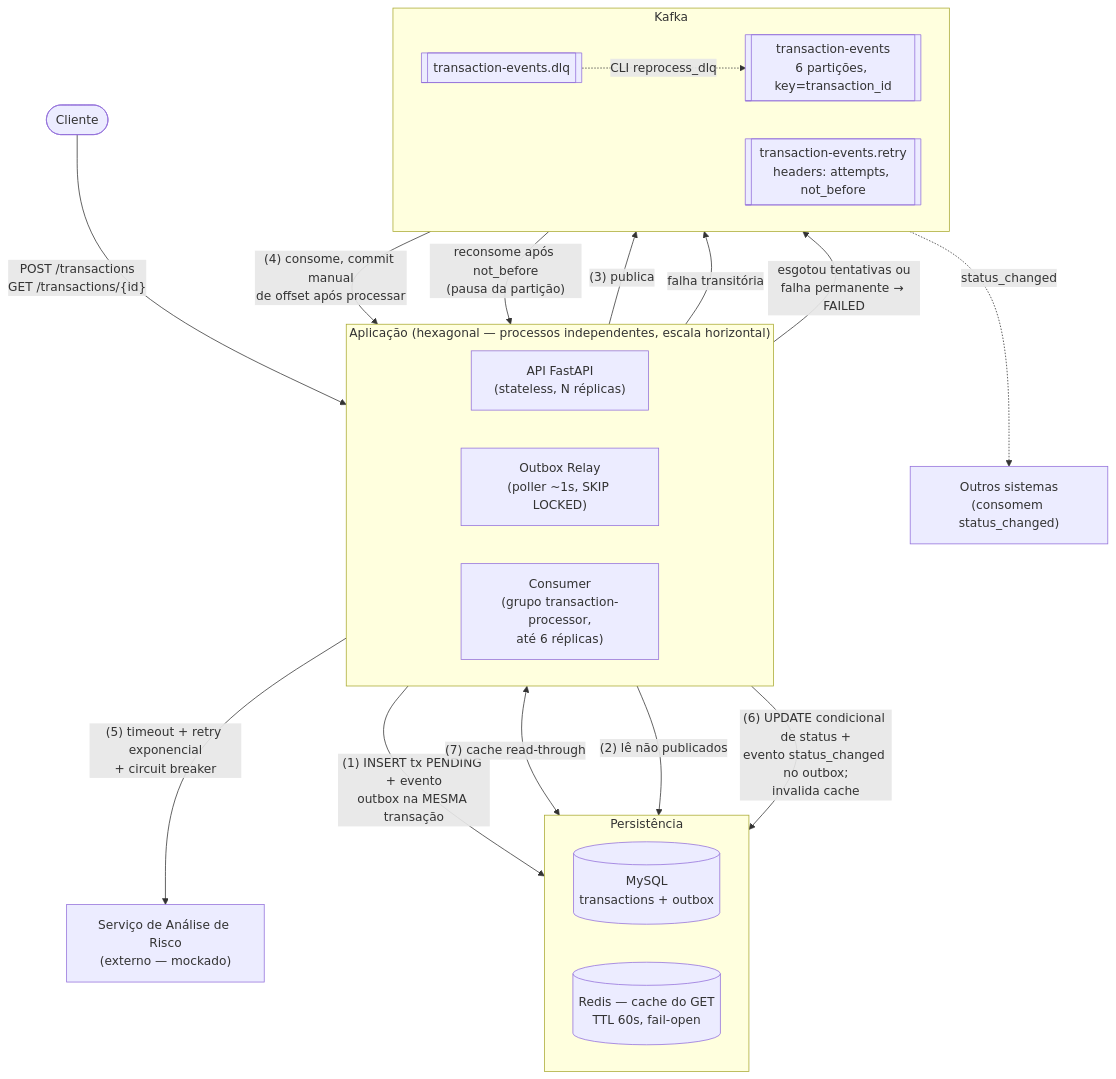
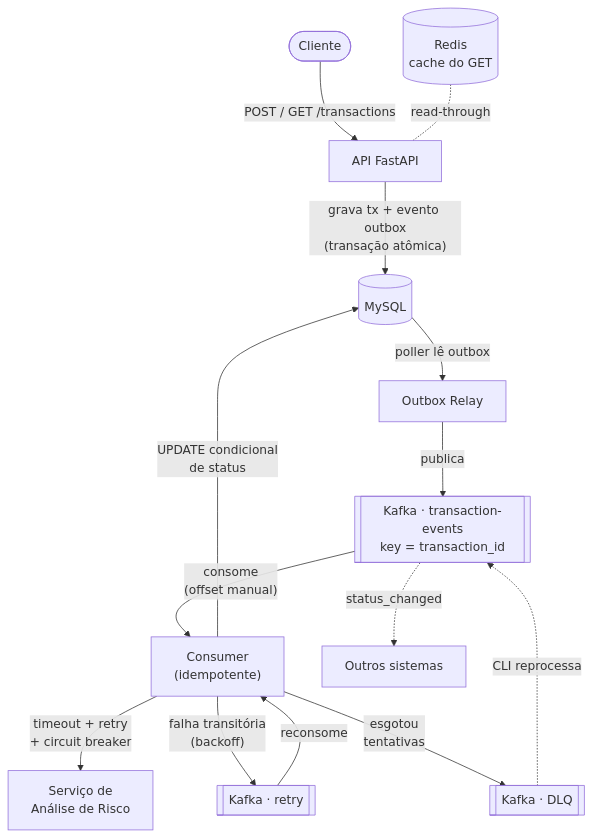
One commit to arturovaine/bamaq changed the diagram in docs/architecture.mmd. Above: the diagram before and after it, drawn with Mermaid. The commit also changed 2 other files, not shown here.

Commit message:
docs: simplifica diagrama de arquitetura (fluxo vertical, menos rótulos)

```diff
--- a/docs/architecture.mmd
+++ b/docs/architecture.mmd
@@ -1,42 +1,14 @@
 flowchart TB
-    Client([Cliente])
-
-    subgraph App["Aplicação (hexagonal — processos independentes, escala horizontal)"]
-        direction LR
-        API["API FastAPI<br/>(stateless, N réplicas)"]
-        Relay["Outbox Relay<br/>(poller ~1s, SKIP LOCKED)"]
-        Consumer["Consumer<br/>(grupo transaction-processor,<br/>até 6 réplicas)"]
-    end
-
-    subgraph Storage["Persistência"]
-        direction LR
-        MySQL[("MySQL<br/>transactions + outbox")]
-        Redis[("Redis — cache do GET<br/>TTL 60s, fail-open")]
-    end
-
-    subgraph Kafka["Kafka"]
-        direction LR
-        Main[["transaction-events<br/>6 partições, key=transaction_id"]]
-        Retry[["transaction-events.retry<br/>headers: attempts, not_before"]]
-        DLQ[["transaction-events.dlq"]]
-    end
-
-    Risk["Serviço de Análise de Risco<br/>(externo — mockado)"]
-    Others["Outros sistemas<br/>(consomem status_changed)"]
-
-    Client -->|"POST /transactions<br/>GET /transactions/{id}"| API
-    API -->|"(1) INSERT tx PENDING + evento<br/>outbox na MESMA transação"| MySQL
-    API <-->|"(7) cache read-through"| Redis
-
-    Relay -->|"(2) lê não publicados"| MySQL
-    Relay -->|"(3) publica"| Main
-
-    Main -->|"(4) consome, commit manual<br/>de offset após processar"| Consumer
-    Retry -->|"reconsome após not_before<br/>(pausa da partição)"| Consumer
-    Consumer -->|"(5) timeout + retry exponencial<br/>+ circuit breaker"| Risk
-    Consumer -->|"(6) UPDATE condicional de status +<br/>evento status_changed no outbox;<br/>invalida cache"| Storage
-
-    Consumer -->|"falha transitória"| Retry
-    Consumer -->|"esgotou tentativas ou<br/>falha permanente → FAILED"| DLQ
-    DLQ -.->|"CLI reprocess_dlq"| Main
-    Main -.->|"status_changed"| Others
+    Client([Cliente]) -->|"POST / GET /transactions"| API["API FastAPI"]
+    API -->|"grava tx + evento outbox<br/>(transação atômica)"| DB[("MySQL")]
+    Redis[("Redis<br/>cache do GET")] -.-|"read-through"| API
+    DB -->|"poller lê outbox"| Relay["Outbox Relay"]
+    Relay -->|"publica"| Main[["Kafka · transaction-events<br/>key = transaction_id"]]
+    Main -->|"consome<br/>(offset manual)"| Cons["Consumer<br/>(idempotente)"]
+    Cons -->|"timeout + retry<br/>+ circuit breaker"| Risk["Serviço de<br/>Análise de Risco"]
+    Cons -->|"UPDATE condicional<br/>de status"| DB
+    Cons -->|"falha transitória<br/>(backoff)"| Retry[["Kafka · retry"]]
+    Retry -->|"reconsome"| Cons
+    Cons -->|"esgotou<br/>tentativas"| DLQ[["Kafka · DLQ"]]
+    DLQ -.->|"CLI reprocessa"| Main
+    Main -.->|"status_changed"| Others["Outros sistemas"]
```
